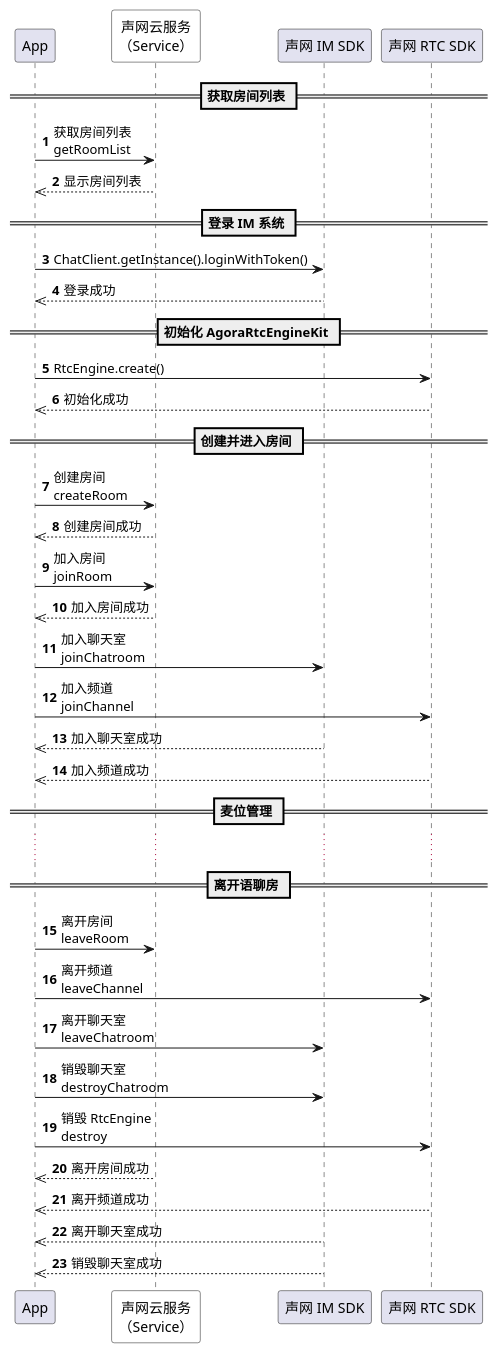
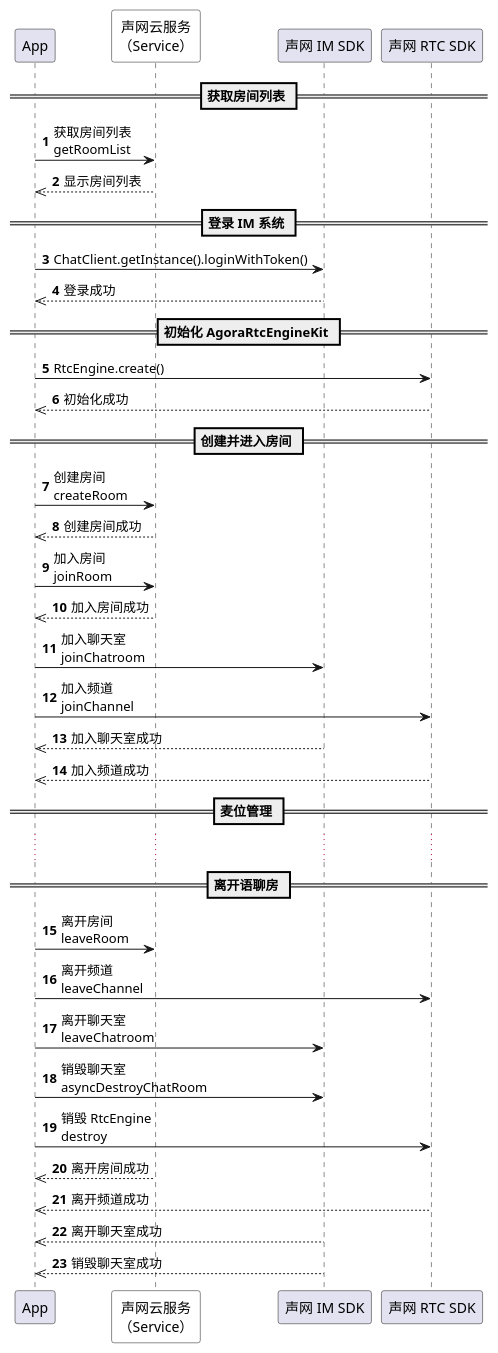
One commit to AgoraIO/agora_doc_source changed the diagram in markdown/chatroom/Android时序图.wsd. Above: the diagram before and after it, drawn with PlantUML. The commit also changed 7 other files, not shown here.

```diff
--- a/markdown/chatroom/Android时序图.wsd
+++ b/markdown/chatroom/Android时序图.wsd
@@ -1,37 +1,37 @@
 @startuml
 autonumber
 participant "App" as a
 participant "声网云服务\n（Service）" as b #White
 participant "声网 IM SDK" as c
 participant "声网 RTC SDK" as d
 == 获取房间列表 ==
 a -> b: 获取房间列表 \ngetRoomList
 b -->> a: 显示房间列表
 == 登录 IM 系统 ==
 a -> c: ChatClient.getInstance().loginWithToken()
 c -->> a: 登录成功
 == 初始化 AgoraRtcEngineKit ==
 a -> d: RtcEngine.create()
 d -->> a: 初始化成功
 == 创建并进入房间 ==
 a -> b: 创建房间 \ncreateRoom
 b -->> a: 创建房间成功
 a -> b: 加入房间 \njoinRoom
 b -->> a: 加入房间成功
 a -> c: 加入聊天室 \njoinChatroom
 a -> d: 加入频道 \njoinChannel
 c -->> a: 加入聊天室成功
 d -->> a: 加入频道成功
 == 麦位管理 ==
 ...
 == 离开语聊房 ==
 a -> b: 离开房间 \nleaveRoom
 a -> d: 离开频道 \nleaveChannel
 a -> c: 离开聊天室 \nleaveChatroom
-a -> c: 销毁聊天室 \ndestroyChatroom
+a -> c: 销毁聊天室 \nasyncDestroyChatRoom
 a -> d: 销毁 RtcEngine \ndestroy
 b -->> a: 离开房间成功
 d -->> a: 离开频道成功
 c -->> a: 离开聊天室成功
 c -->> a: 销毁聊天室成功
 @enduml
```
